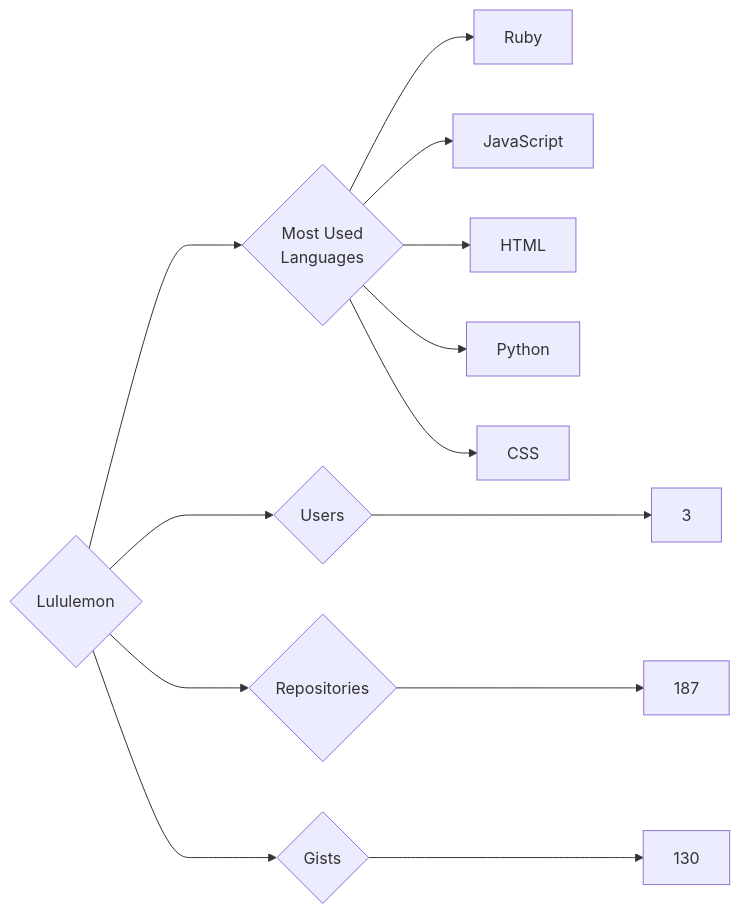
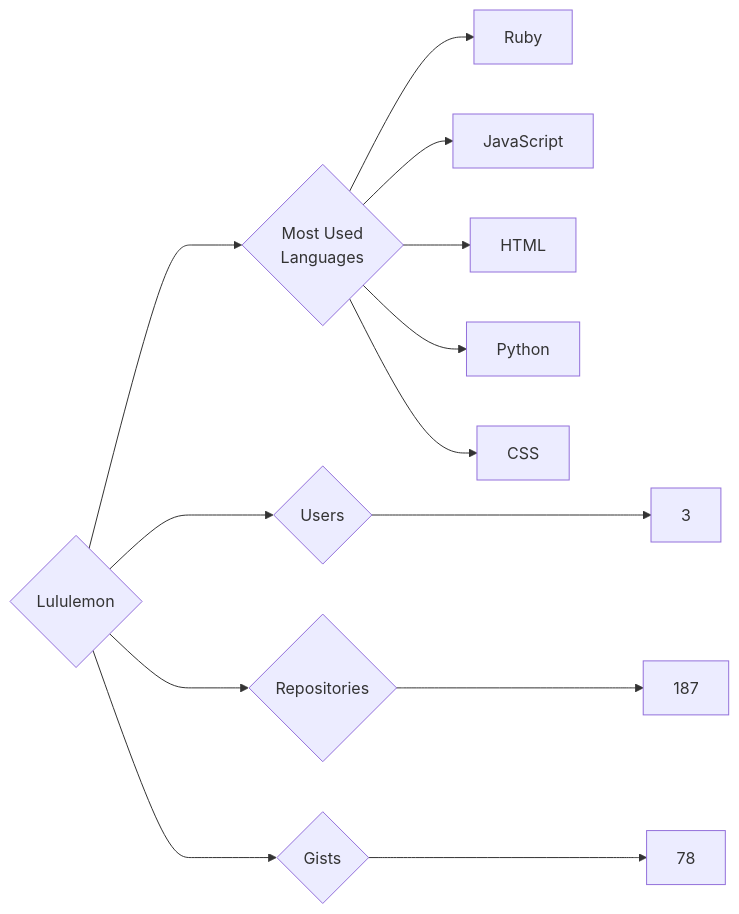
Before and after one commit to trickest/insiders: the diagram in targets/Lululemon/README.md, drawn with Mermaid. The commit also changed 545 other files, not shown here.

````diff
--- a/targets/Lululemon/README.md
+++ b/targets/Lululemon/README.md
@@ -3,13 +3,13 @@
 ```mermaid
 graph LR
 COMPANY_NAME{Lululemon}
 COMPANY_NAME ---> U{Users} ---> UN[3]
 COMPANY_NAME ---> R{Repositories} ---> RN[187]
-COMPANY_NAME ---> G{Gists} ---> GN[130]
+COMPANY_NAME ---> G{Gists} ---> GN[78]
 COMPANY_NAME ---> ML{Most Used<br>Languages}
 ML --> Ruby[Ruby]
 ML --> JavaScript[JavaScript]
 ML --> HTML[HTML]
 ML --> Python[Python]
 ML --> CSS[CSS]
 ```
````
